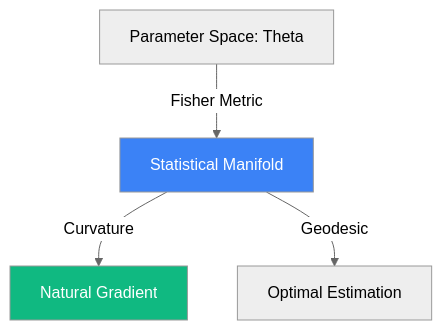
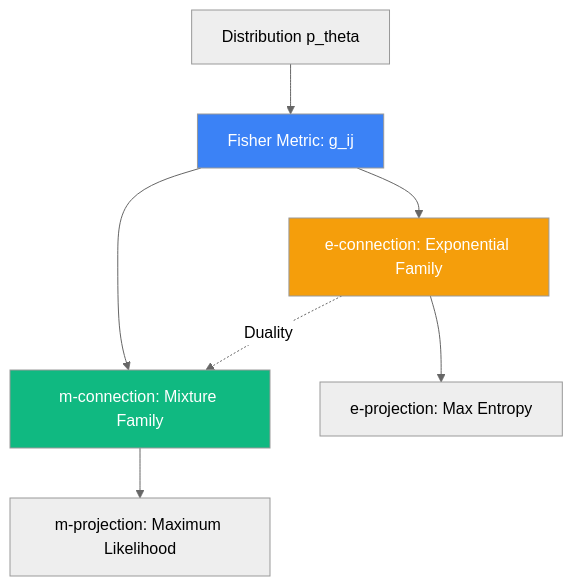
One commit to russiankendricklamar/LLM-Wiki changed the diagram in obsidian-vault/en/math/advanced-analysis/information-geometry.md. Above: the diagram before and after it, drawn with Mermaid (neutral theme). The commit also changed other lines of this file and 23 other files, not shown here.

````diff
--- a/obsidian-vault/en/math/advanced-analysis/information-geometry.md
+++ b/obsidian-vault/en/math/advanced-analysis/information-geometry.md
@@ -47,9 +60,13 @@
 ```mermaid
 graph TD
-    Space[Parameter Space: Theta] -->|Fisher Metric| Manifold[Statistical Manifold]
-    Manifold -->|Curvature| Opt[Natural Gradient]
-    Manifold -->|Geodesic| Infer[Optimal Estimation]
+    Dist[Distribution p_theta] --> Fisher[Fisher Metric: g_ij]
+    Fisher --> E[e-connection: Exponential Family]
+    Fisher --> M[m-connection: Mixture Family]
+    E -.->|Duality| M
+    M --> Proj[m-projection: Maximum Likelihood]
+    E --> Ent[e-projection: Max Entropy]
     
-    style Manifold fill:#3b82f6,color:#fff
-    style Opt fill:#10b981,color:#fff
+    style Fisher fill:#3b82f6,color:#fff
+    style E fill:#f59e0b,color:#fff
+    style M fill:#10b981,color:#fff
 ```
````
